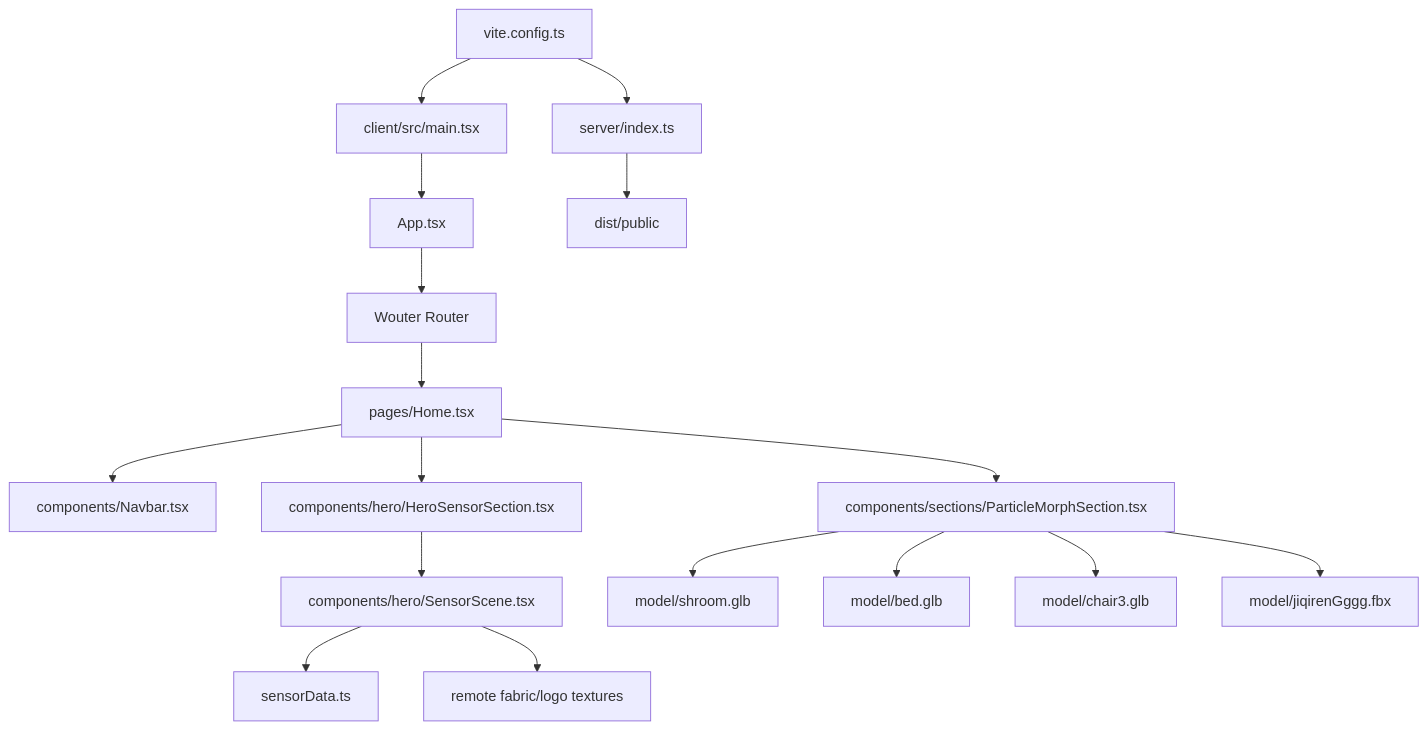
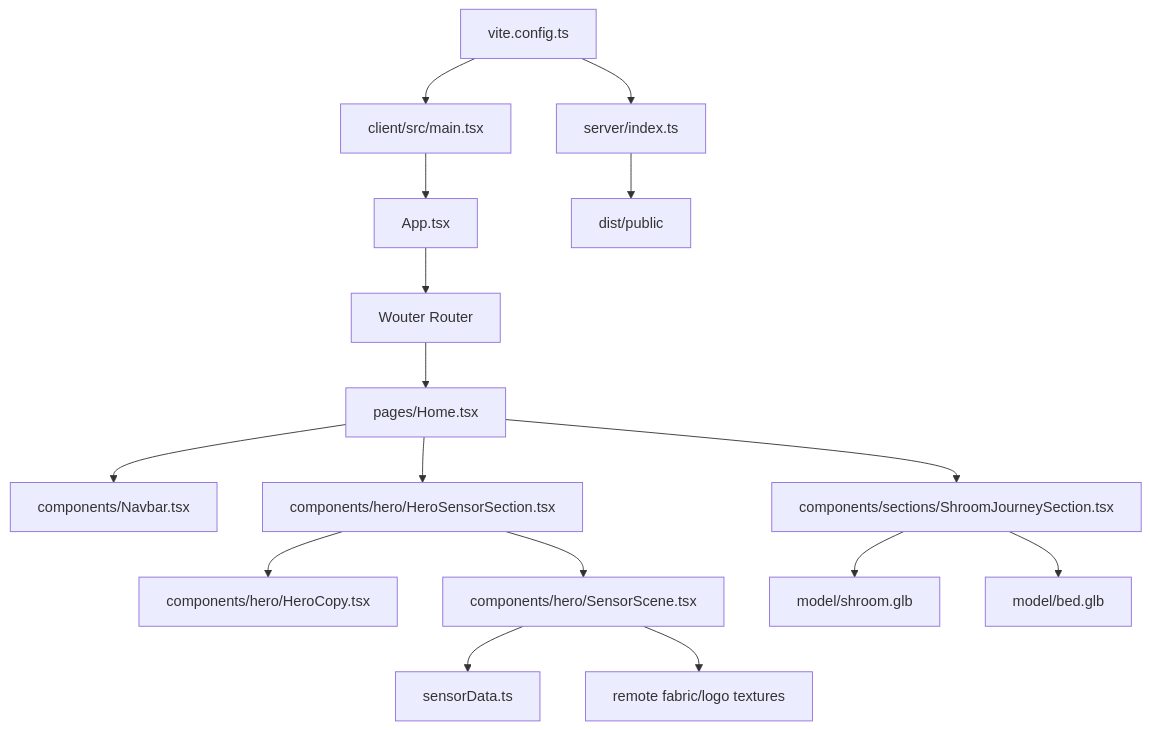
Before and after one commit to liudada118/shroomweb: the diagram in ARCHITECTURE.md, drawn with Mermaid. The commit also changed other lines of this file and 5 other files, not shown here.

````diff
--- a/ARCHITECTURE.md
+++ b/ARCHITECTURE.md
@@ -65,19 +65,18 @@
 ```mermaid
 graph TD
   A[client/src/main.tsx] --> B[App.tsx]
   B --> C[Wouter Router]
   C --> D[pages/Home.tsx]
   D --> E[components/Navbar.tsx]
   D --> F[components/hero/HeroSensorSection.tsx]
-  D --> M[components/sections/ParticleMorphSection.tsx]
+  D --> M[components/sections/ShroomJourneySection.tsx]
+  F --> X[components/hero/HeroCopy.tsx]
   F --> G[components/hero/SensorScene.tsx]
   G --> H[sensorData.ts]
   G --> I[remote fabric/logo textures]
   M --> N[model/shroom.glb]
   M --> O[model/bed.glb]
-  M --> P[model/chair3.glb]
-  M --> Q[model/jiqirenGggg.fbx]
   J[server/index.ts] --> K[dist/public]
   L[vite.config.ts] --> A
   L --> J
 ```
````
